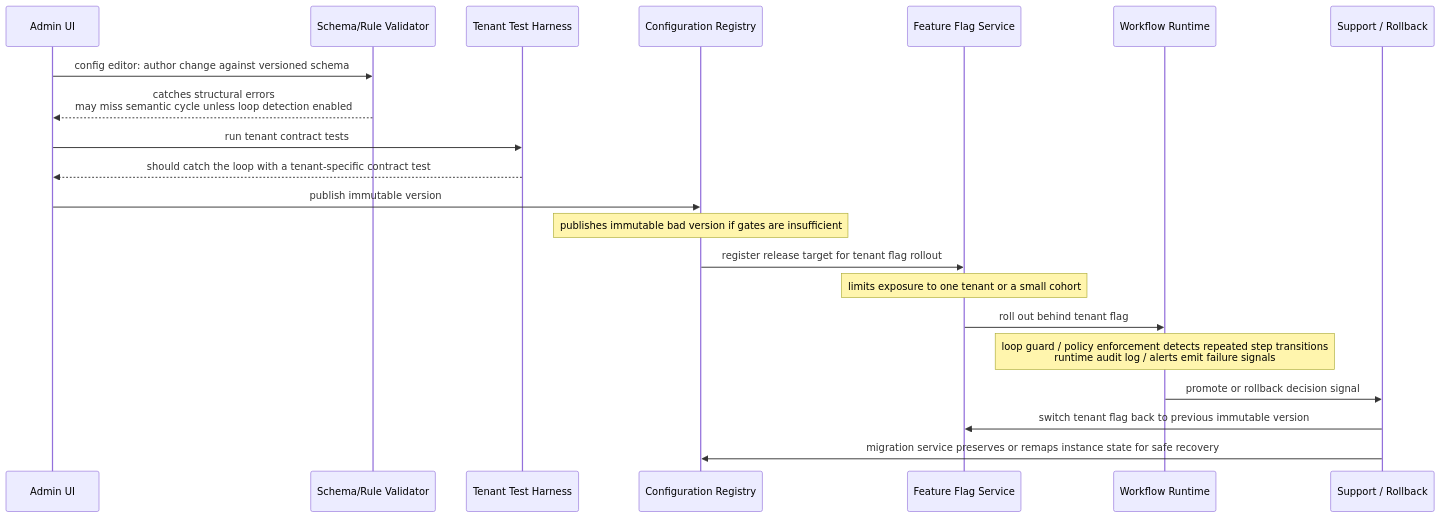
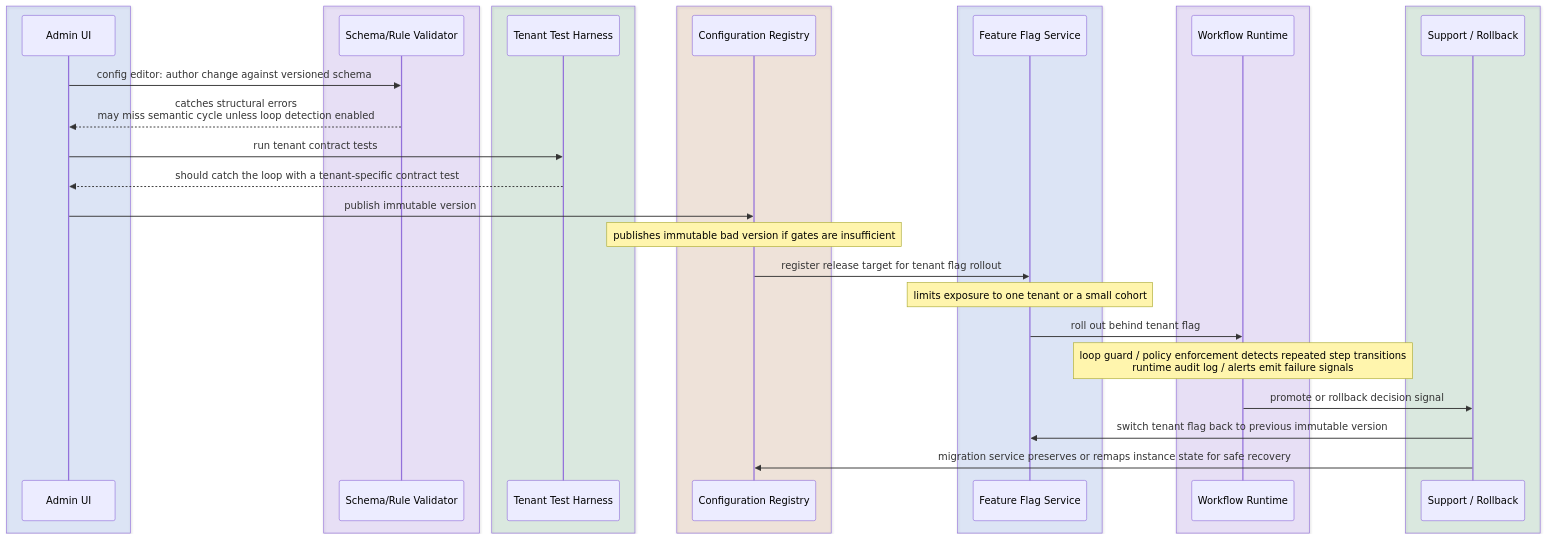
The second of 3 diagrams in 02_System_Design_Case_Studies/Standalone_Designs/25_Configurable_Platform_Customer_Workflows/3_Tutorial/25_Tutorial_Part_2.md (Sourav692/Forward-Deployed-Engineer-Interview-Prep), drawn with Mermaid before and after one commit. The commit also changed other lines of this file and 1268 other files, not shown here.

First line of the commit message:
content: polish Casebook writing and Mermaid diagrams (#251)

````diff
--- a/02_System_Design_Case_Studies/Standalone_Designs/25_Configurable_Platform_Customer_Workflows/3_Tutorial/25_Tutorial_Part_2.md
+++ b/02_System_Design_Case_Studies/Standalone_Designs/25_Configurable_Platform_Customer_Workflows/3_Tutorial/25_Tutorial_Part_2.md
@@ -155,24 +165,38 @@
 ```mermaid
 sequenceDiagram
-  participant AdminUI as Admin UI
-  participant Validator as Schema/Rule Validator
-  participant Harness as Tenant Test Harness
-  participant Registry as Configuration Registry
-  participant Flags as Feature Flag Service
-  participant Runtime as Workflow Runtime
-  participant Support as Support / Rollback
+  box rgba(37,99,235,0.12)
+      participant AdminUI as Admin UI
+  end
+  box rgba(124,58,237,0.12)
+      participant Validator as Schema/Rule Validator
+  end
+  box rgba(21,128,61,0.12)
+      participant Harness as Tenant Test Harness
+  end
+  box rgba(180,83,9,0.12)
+      participant Registry as Configuration Registry
+  end
+  box rgba(37,99,235,0.12)
+      participant Flags as Feature Flag Service
+  end
+  box rgba(124,58,237,0.12)
+      participant Runtime as Workflow Runtime
+  end
+  box rgba(21,128,61,0.12)
+      participant Support as Support / Rollback
+  end
 
   AdminUI->>Validator: config editor: author change against versioned schema
   Validator-->>AdminUI: catches structural errors<br/>may miss semantic cycle unless loop detection enabled
   AdminUI->>Harness: run tenant contract tests
   Harness-->>AdminUI: should catch the loop with a tenant-specific contract test
   AdminUI->>Registry: publish immutable version
   Note over Registry: publishes immutable bad version if gates are insufficient
   Registry->>Flags: register release target for tenant flag rollout
   Note over Flags: limits exposure to one tenant or a small cohort
   Flags->>Runtime: roll out behind tenant flag
   Note over Runtime: loop guard / policy enforcement detects repeated step transitions<br/>runtime audit log / alerts emit failure signals
   Runtime->>Support: promote or rollback decision signal
   Support->>Flags: switch tenant flag back to previous immutable version
   Support->>Registry: migration service preserves or remaps instance state for safe recovery
 ```
````
